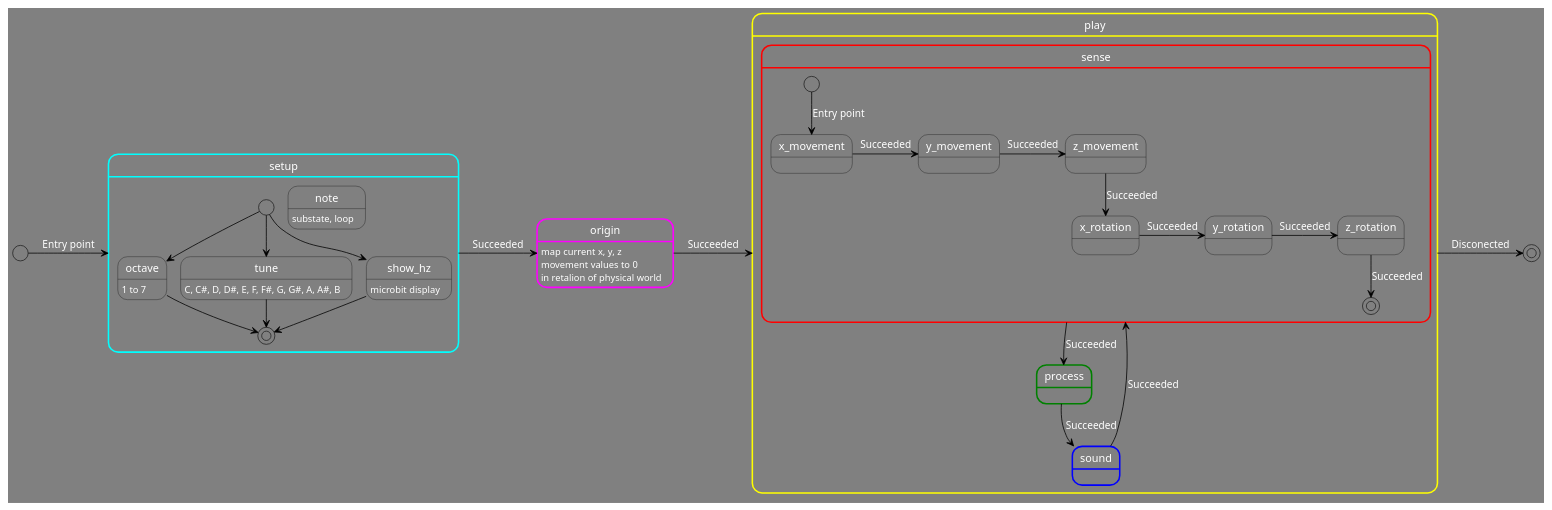
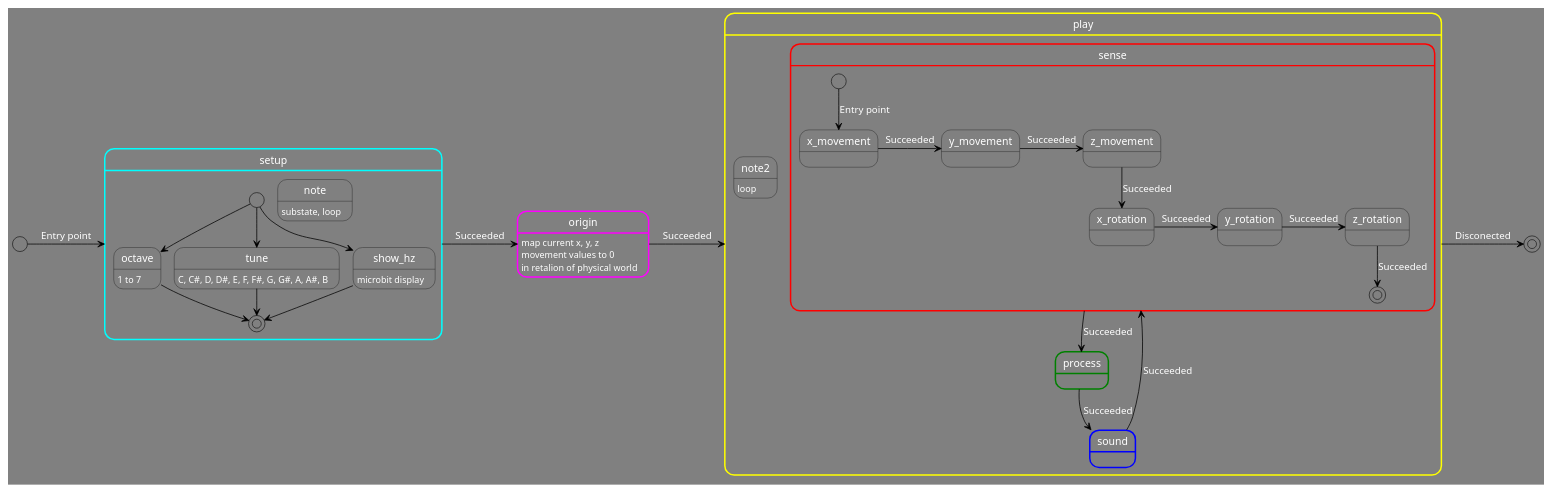
The diagram in Unidad3/puml/state_machine.puml (jfUPB/bitacorassfi12024-10-LemurWater), drawn with PlantUML before and after one commit.

```diff
--- a/Unidad3/puml/state_machine.puml
+++ b/Unidad3/puml/state_machine.puml
@@ -1,81 +1,82 @@
 @startuml
 
 scale 1920 width
 
 <style>
 stateDiagram {
   BackgroundColor grey
   'LineColor white
   FontName Impact
   FontColor white
   arrow {
     FontSize 13
     LineColor black
   }
 }
 </style>
 
 
 
 [*] -> setup : Entry point
 
 state setup ##[bold]cyan {
     [*] --> octave
     note: substate, loop
     [*] --> tune
     [*] --> show_hz
 
     state octave {
         octave: 1 to 7
     }
     state tune {
         tune: C, C#, D, D#, E, F, F#, G, G#, A, A#, B
     }
     state show_hz {
     show_hz: microbit display
     }
 
 
     octave --> [*]
     tune --> [*]
     show_hz --> [*]
 
 }
 setup -> origin : Succeeded
 
 
 state origin ##[bold]magenta {
- origin: map current x, y, z
- origin: movement values to 0
- origin: in retalion of physical world
+    origin: map current x, y, z
+    origin: movement values to 0
+    origin: in retalion of physical world
 }
 origin -> play : Succeeded
 
 
 
 state play ##[bold]yellow {
- state sense ##[bold]red {
-  [*] --> x_movement : Entry point
-  x_movement -> y_movement: Succeeded
-  y_movement -> z_movement: Succeeded
-  z_movement --> x_rotation: Succeeded
-  x_rotation -> y_rotation: Succeeded
-  y_rotation -> z_rotation: Succeeded
-  z_rotation --> [*]: Succeeded
- }
- sense --> process : Succeeded
+    note2: loop
+    state sense ##[bold]red {
+    [*] --> x_movement : Entry point
+    x_movement -> y_movement: Succeeded
+    y_movement -> z_movement: Succeeded
+    z_movement --> x_rotation: Succeeded
+    x_rotation -> y_rotation: Succeeded
+    y_rotation -> z_rotation: Succeeded
+    z_rotation --> [*]: Succeeded
+    }
+    sense --> process : Succeeded
  
 
-state process ##[bold]green {
- }
- process --> sound : Succeeded
+    state process ##[bold]green {
+    }
+    process --> sound : Succeeded
  
 
-
-state sound ##[bold]blue {
- }
- sound --> sense: Succeeded
+    state sound ##[bold]blue {
+    }
+    sound --> sense: Succeeded
 }
 
 play -> [*] : Disconected
+
 @enduml
```
